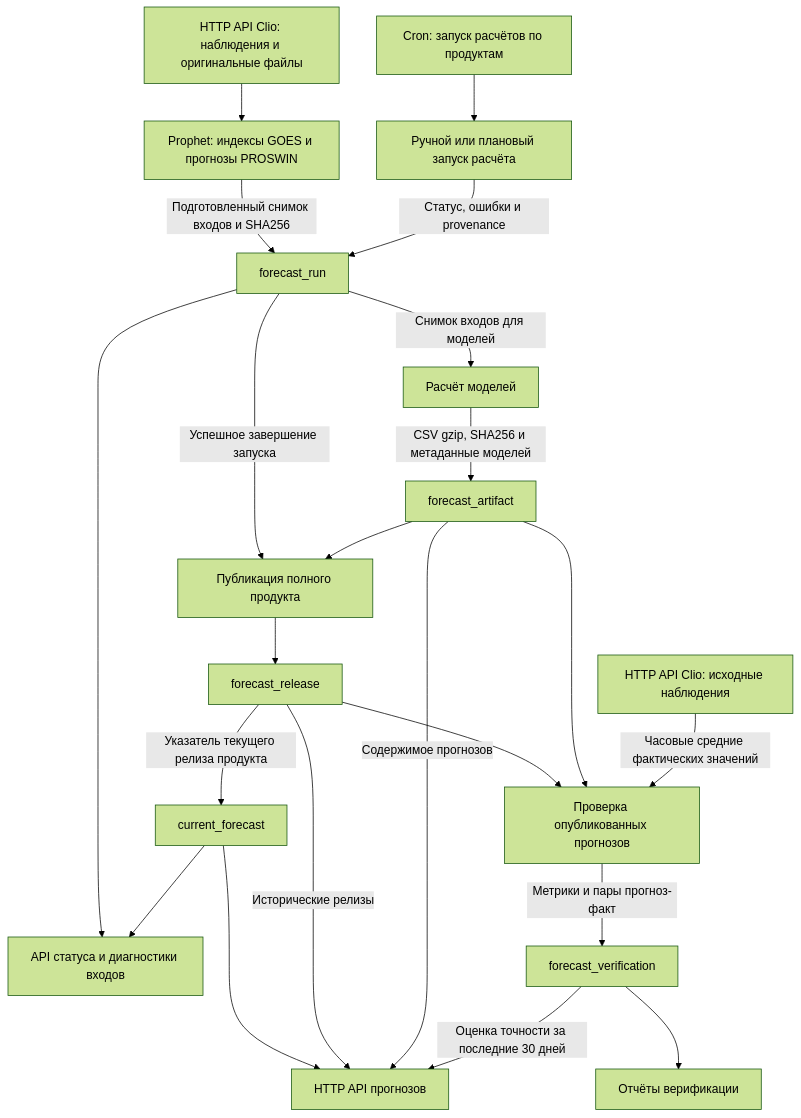
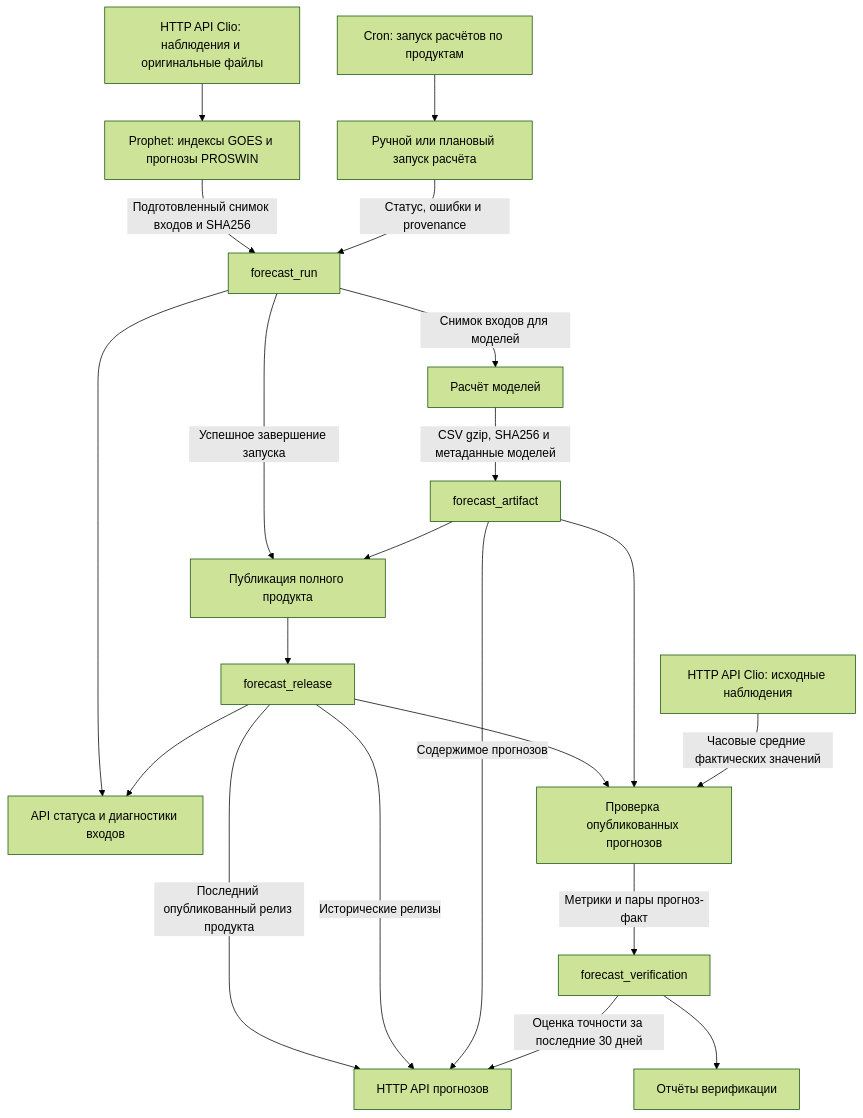
The diagram in apps/prophet/DATA_FLOWS.md (a-kryvenko/argus), drawn with Mermaid (forest theme) before and after one commit. The commit also changed 5 other files, not shown here.

````diff
--- a/apps/prophet/DATA_FLOWS.md
+++ b/apps/prophet/DATA_FLOWS.md
@@ -3,24 +3,23 @@
 ```mermaid
 flowchart TD
     clio[HTTP API Clio: наблюдения и оригинальные файлы] --> preparation[Prophet: индексы GOES и прогнозы PROSWIN]
     preparation -->|Подготовленный снимок входов и SHA256| forecast_run
     generation[Ручной или плановый запуск расчёта] -->|Статус, ошибки и provenance| forecast_run
     cron[Cron: запуск расчётов по продуктам] --> generation
     forecast_run -->|Снимок входов для моделей| models[Расчёт моделей]
     models -->|CSV gzip, SHA256 и метаданные моделей| forecast_artifact
     forecast_run -->|Успешное завершение запуска| publication[Публикация полного продукта]
     forecast_artifact --> publication
     publication --> forecast_release
-    forecast_release -->|Указатель текущего релиза продукта| current_forecast
-    current_forecast --> api[HTTP API прогнозов]
+    forecast_release -->|Последний опубликованный релиз продукта| api[HTTP API прогнозов]
     forecast_release -->|Исторические релизы| api
     forecast_artifact -->|Содержимое прогнозов| api
     forecast_run --> status[API статуса и диагностики входов]
-    current_forecast --> status
+    forecast_release --> status
     forecast_release --> verification[Проверка опубликованных прогнозов]
     forecast_artifact --> verification
     observations[HTTP API Clio: исходные наблюдения] -->|Часовые средние фактических значений| verification
     verification -->|Метрики и пары прогноз-факт| forecast_verification
     forecast_verification --> reports[Отчёты верификации]
     forecast_verification -->|Оценка точности за последние 30 дней| api
 ```
````
